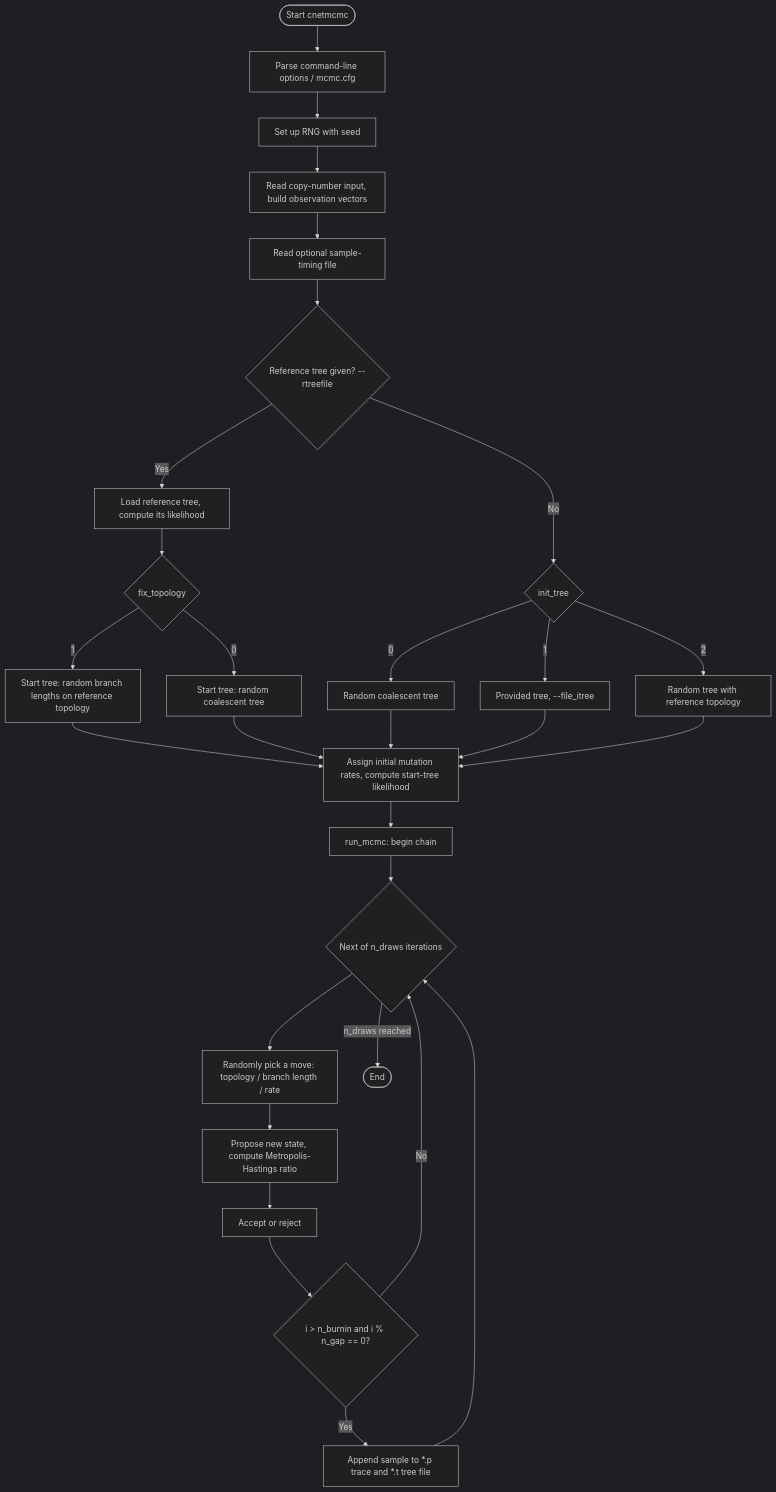
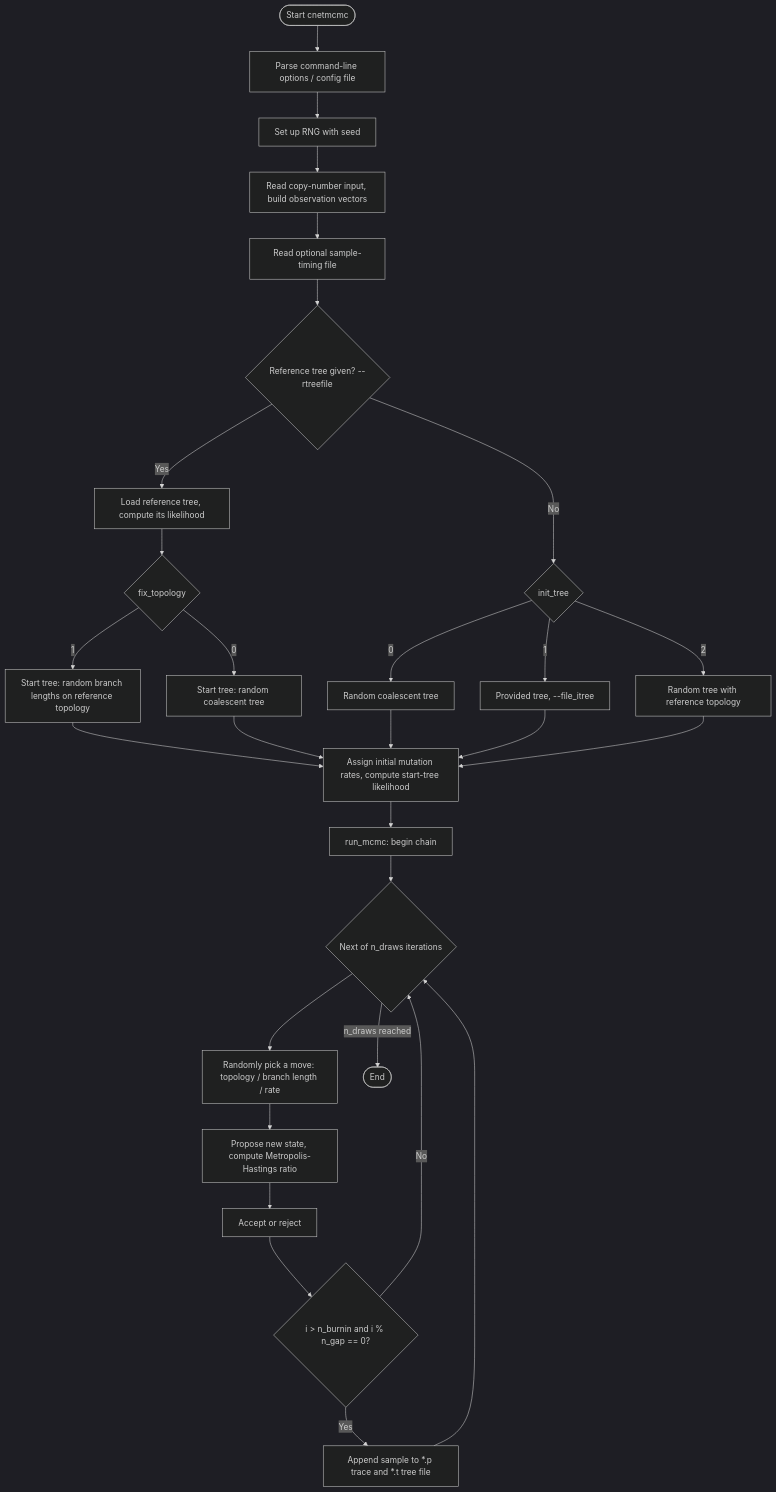
The third of 3 diagrams in docs/source/workflows/index.md (lu-cbio-group/cneta2), drawn with Mermaid (dark theme) before and after one commit. The commit also changed other lines of this file and 25 other files, not shown here.

````diff
--- a/docs/source/workflows/index.md
+++ b/docs/source/workflows/index.md
@@ -118,31 +118,31 @@
 ```mermaid
 flowchart TD
-    A([Start cnetmcmc]) --> B[Parse command-line options / mcmc.cfg]
+    A([Start cnetmcmc]) --> B[Parse command-line options / config file]
     B --> C[Set up RNG with seed]
     C --> D[Read copy-number input, build observation vectors]
     D --> E[Read optional sample-timing file]
     E --> F{Reference tree given? --rtreefile}
     F -->|Yes| G[Load reference tree, compute its likelihood]
     G --> H{fix_topology}
     H -->|1| I[Start tree: random branch lengths on reference topology]
     H -->|0| J[Start tree: random coalescent tree]
     F -->|No| K{init_tree}
     K -->|0| L[Random coalescent tree]
     K -->|1| M[Provided tree, --file_itree]
     K -->|2| N[Random tree with reference topology]
     I --> O[Assign initial mutation rates, compute start-tree likelihood]
     J --> O
     L --> O
     M --> O
     N --> O
     O --> P[run_mcmc: begin chain]
     P --> Q{Next of n_draws iterations}
     Q --> R[Randomly pick a move: topology / branch length / rate]
     R --> S[Propose new state, compute Metropolis-Hastings ratio]
     S --> T[Accept or reject]
     T --> U{i > n_burnin and i % n_gap == 0?}
     U -->|Yes| V[Append sample to *.p trace and *.t tree file]
     U -->|No| Q
     V --> Q
     Q -->|n_draws reached| W([End])
 ```
````
